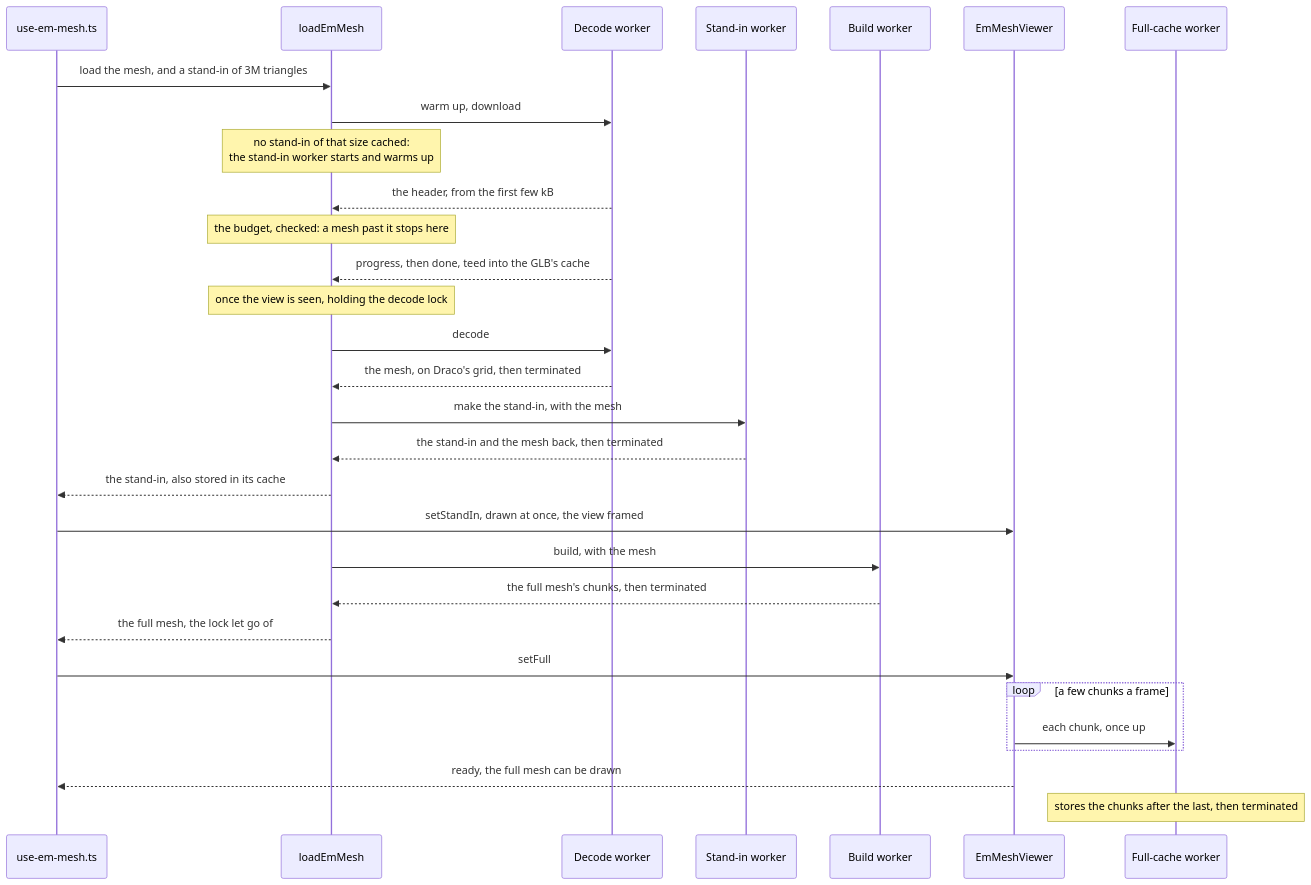
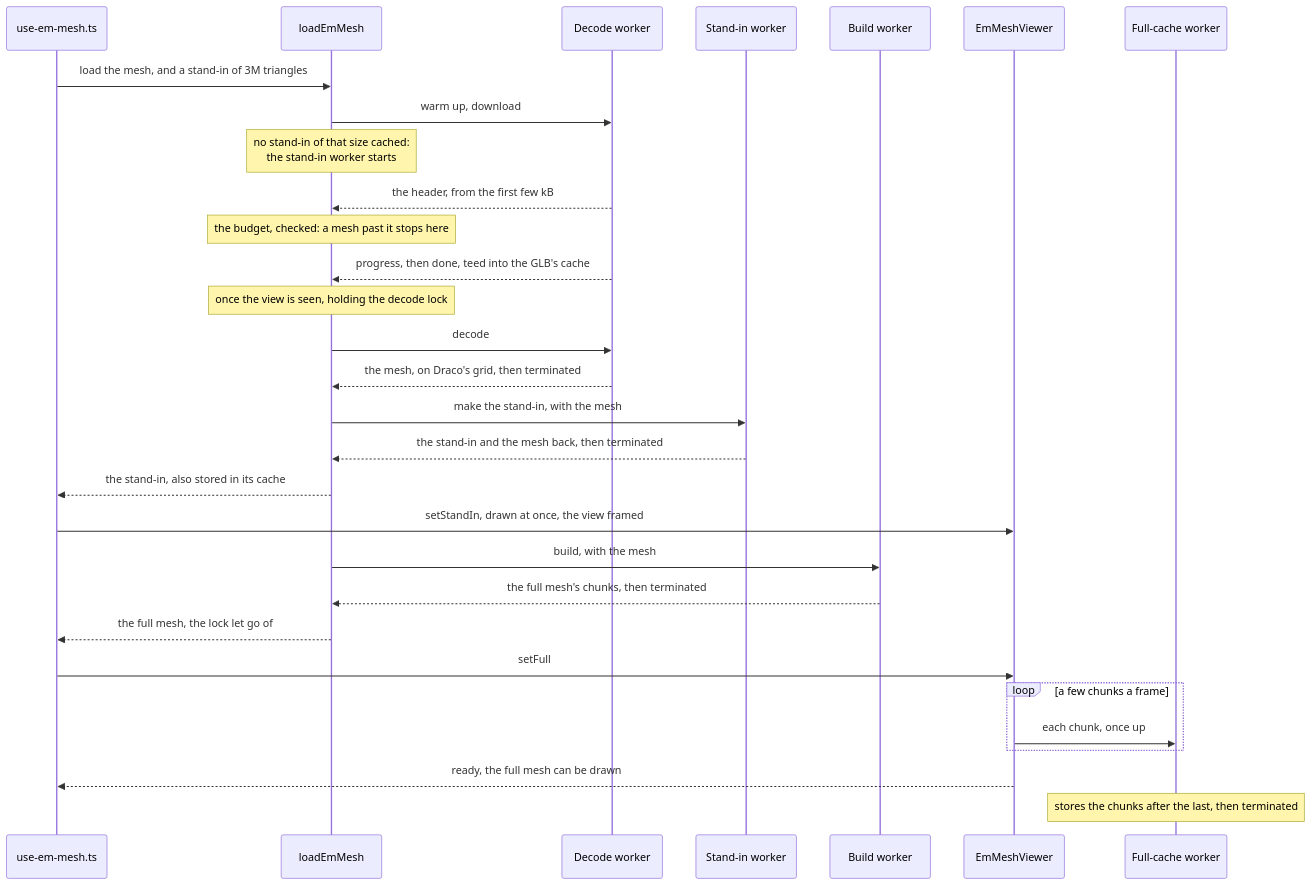
One commit to openbraininstitute/core-web-app changed the second of 4 diagrams in src/features/entities/em-cell-mesh/viewer/README.md. Above: the diagram before and after it, drawn with Mermaid. The commit also changed other lines of this file and 44 other files, not shown here.

````diff
--- a/src/features/entities/em-cell-mesh/viewer/README.md
+++ b/src/features/entities/em-cell-mesh/viewer/README.md
@@ -47,33 +47,33 @@
 ```mermaid
 sequenceDiagram
   participant Hook as use-em-mesh.ts
   participant Load as loadEmMesh
   participant Dec as Decode worker
   participant SI as Stand-in worker
   participant Build as Build worker
   participant View as EmMeshViewer
   participant Keep as Full-cache worker
 
   Hook->>Load: load the mesh, and a stand-in of 3M triangles
   Load->>Dec: warm up, download
-  Note over Load: no stand-in of that size cached:<br/>the stand-in worker starts and warms up
+  Note over Load: no stand-in of that size cached:<br/>the stand-in worker starts
   Dec-->>Load: the header, from the first few kB
   Note over Load: the budget, checked: a mesh past it stops here
   Dec-->>Load: progress, then done, teed into the GLB's cache
   Note over Load: once the view is seen, holding the decode lock
   Load->>Dec: decode
   Dec-->>Load: the mesh, on Draco's grid, then terminated
   Load->>SI: make the stand-in, with the mesh
   SI-->>Load: the stand-in and the mesh back, then terminated
   Load-->>Hook: the stand-in, also stored in its cache
   Hook->>View: setStandIn, drawn at once, the view framed
   Load->>Build: build, with the mesh
   Build-->>Load: the full mesh's chunks, then terminated
   Load-->>Hook: the full mesh, the lock let go of
   Hook->>View: setFull
   loop a few chunks a frame
     View->>Keep: each chunk, once up
   end
   View-->>Hook: ready, the full mesh can be drawn
   Note over Keep: stores the chunks after the last, then terminated
 ```
````
